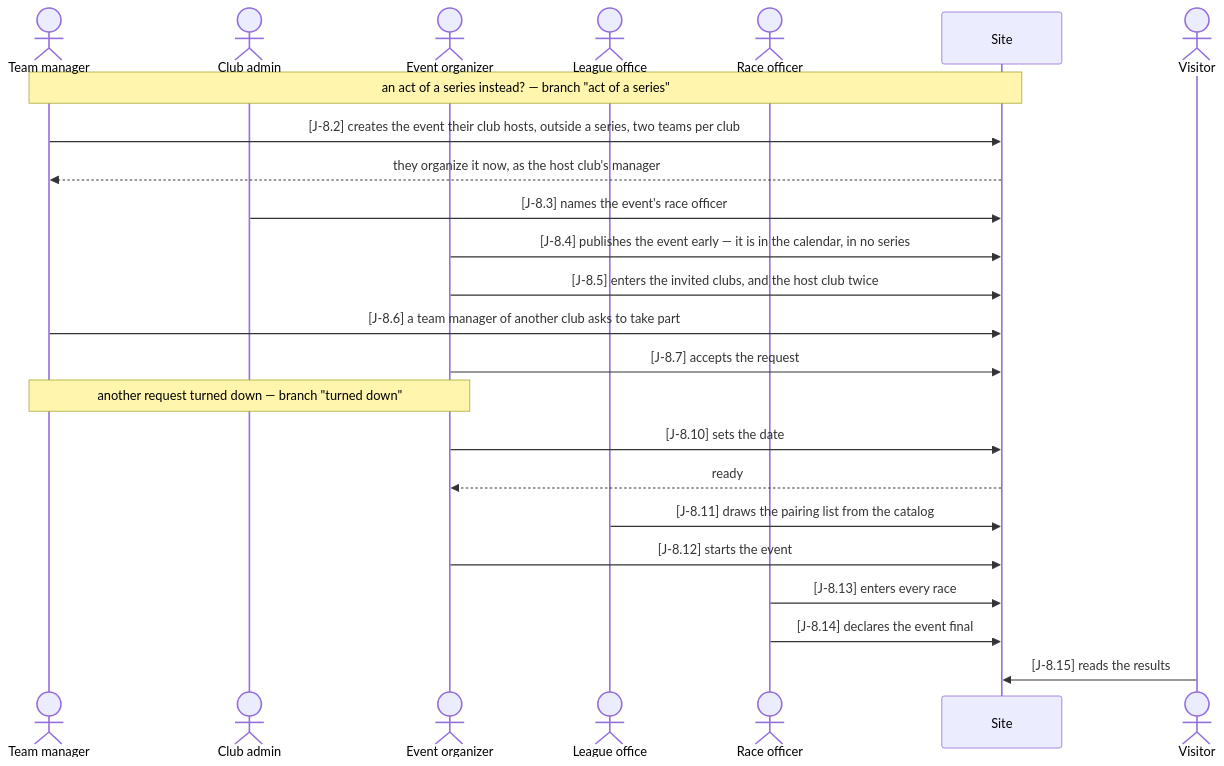
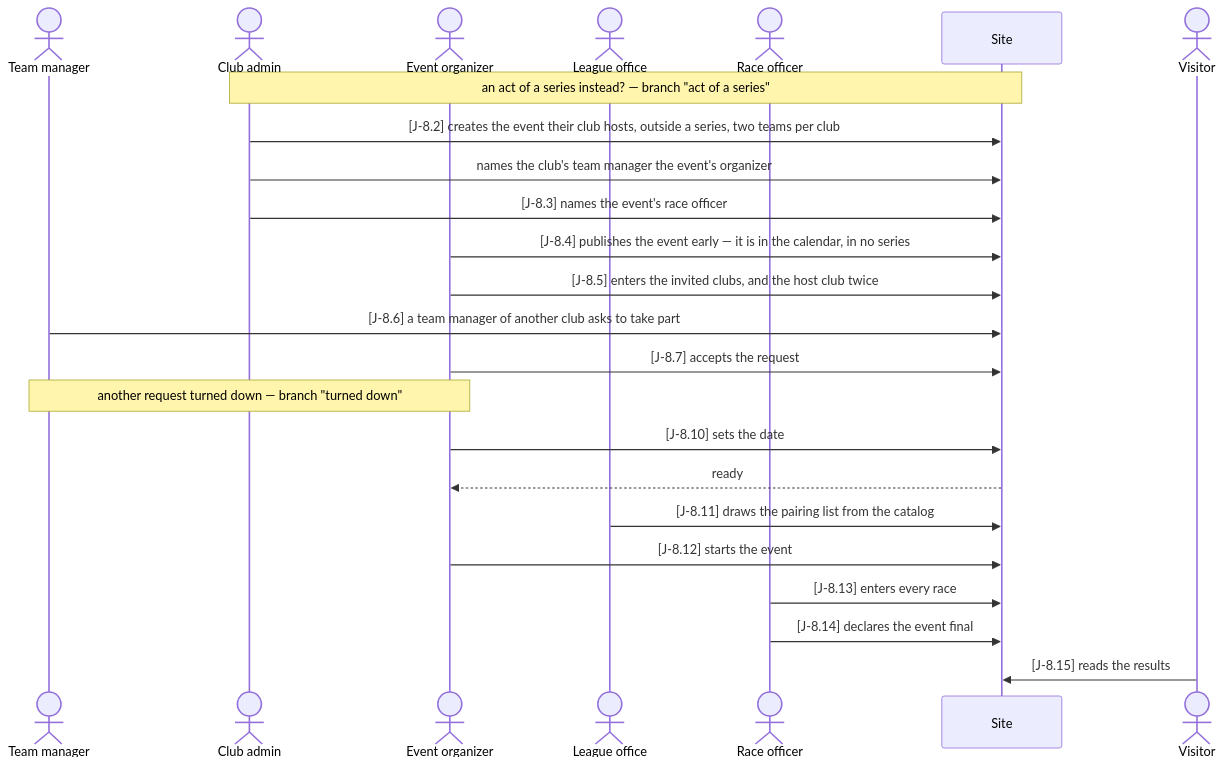
The first of 3 diagrams in docs/journeys/hosted-event.md (gundramleifert/segel-bundesliga), drawn with Mermaid before and after one commit. The commit also changed other lines of this file and 32 other files, not shown here.

First line of the commit message:
Who may act on a club: a who-may table for money and tuples; the team manager organizes no hosted event; a treasurer is a member

````diff
--- a/docs/journeys/hosted-event.md
+++ b/docs/journeys/hosted-event.md
@@ -16,27 +16,27 @@
 ```mermaid
 sequenceDiagram
   actor TM as Team manager
   actor CA as Club admin
   actor O as Event organizer
   actor A as League office
   actor R as Race officer
   participant P as Site
   actor V as Visitor
 
-  Note over TM,P: an act of a series instead? — branch "act of a series"
-  TM->>P: [J-8.2] creates the event their club hosts, outside a series, two teams per club
-  P-->>TM: they organize it now, as the host club's manager
+  Note over CA,P: an act of a series instead? — branch "act of a series"
+  CA->>P: [J-8.2] creates the event their club hosts, outside a series, two teams per club
+  CA->>P: names the club's team manager the event's organizer
   CA->>P: [J-8.3] names the event's race officer
   O->>P: [J-8.4] publishes the event early — it is in the calendar, in no series
   O->>P: [J-8.5] enters the invited clubs, and the host club twice
   TM->>P: [J-8.6] a team manager of another club asks to take part
   O->>P: [J-8.7] accepts the request
   Note over TM,O: another request turned down — branch "turned down"
   O->>P: [J-8.10] sets the date
   P-->>O: ready
   A->>P: [J-8.11] draws the pairing list from the catalog
   O->>P: [J-8.12] starts the event
   R->>P: [J-8.13] enters every race
   R->>P: [J-8.14] declares the event final
   V->>P: [J-8.15] reads the results
 ```
````
